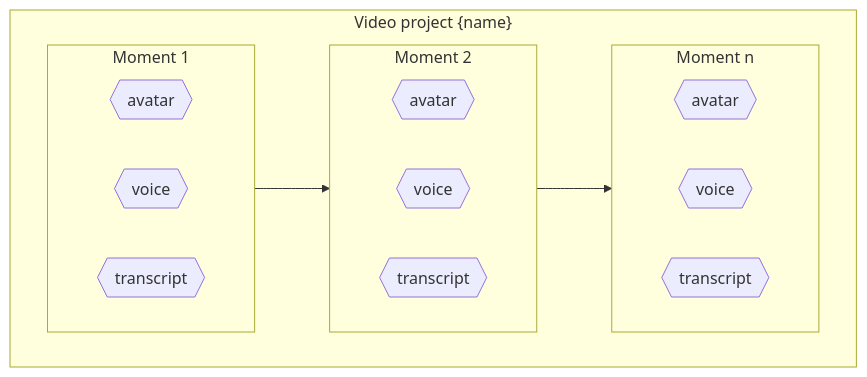
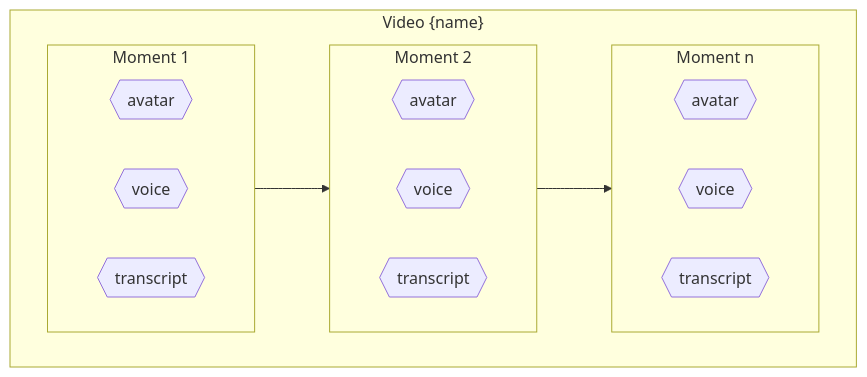
One commit to argildotai/app-docs changed the diagram in pages/get-started/quickstart.mdx. Above: the diagram before and after it, drawn with Mermaid. The commit also changed other lines of this file and 10 other files, not shown here.

````diff
--- a/pages/get-started/quickstart.mdx
+++ b/pages/get-started/quickstart.mdx
@@ -48,26 +48,26 @@
     ```mermaid
     flowchart TB
-        subgraph project["Video project {name}"]
+        subgraph video["Video {name}"]
             direction LR
               subgraph subgraph1["Moment 1"]
                   direction LR
                   item1{{avatar}}
                   item2{{voice}}
                   item3{{transcript}}
               end
               subgraph subgraph2["Moment 2"]
                   direction LR
                   item4{{avatar}}
                   item5{{voice}}
                   item6{{transcript}}
               end
               subgraph subgraph3["Moment n"]
                   direction LR
                   item7{{avatar}}
                   item8{{voice}}
                   item9{{transcript}}
               end
               subgraph1 --> subgraph2
               subgraph2 --> subgraph3
         end
     ```
````
